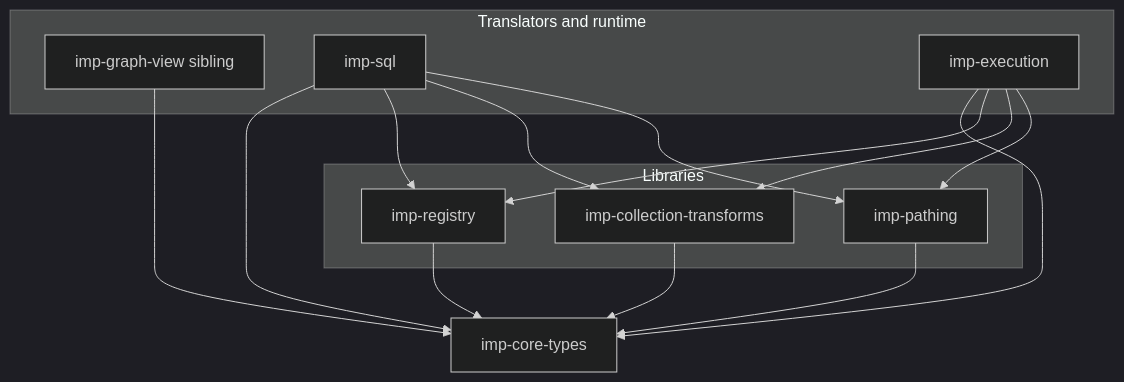
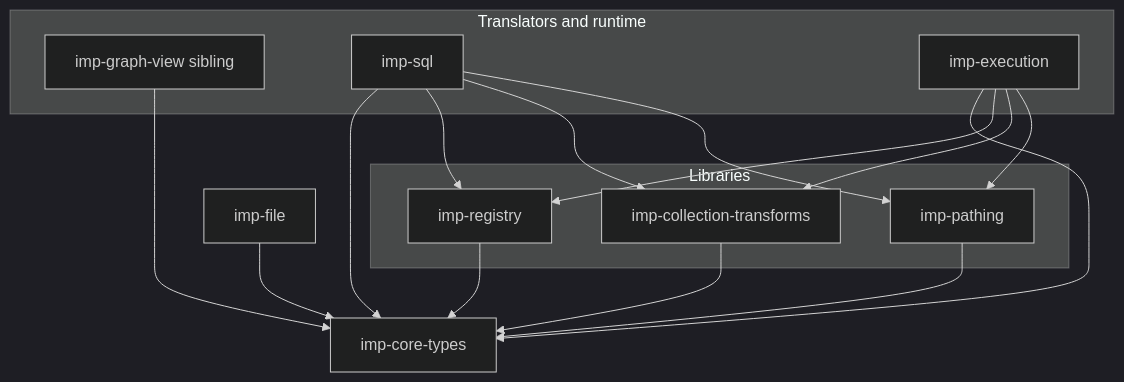
Before and after one commit to silentorb/imp-ts: the diagram in packages/README.md, drawn with Mermaid (dark theme). The commit also changed other lines of this file and 46 other files, not shown here.

Commit message:
Implement type definitions, union types and Imp files (imp-graph-library becomes imp-file), matching imp-spec; type constraints and graph libraries are removed.

````diff
--- a/packages/README.md
+++ b/packages/README.md
@@ -17,30 +18,32 @@
 ```mermaid
 flowchart TB
   SPEC[imp-core-types]
 
   subgraph libraries [Libraries]
     REG[imp-registry]
     CT[imp-collection-transforms]
     PATH[imp-pathing]
   end
 
+  FILE[imp-file]
   REG --> SPEC
+  FILE --> SPEC
   CT --> SPEC
   PATH --> SPEC
 
   subgraph impTs [Translators and runtime]
     RF[imp-graph-view sibling]
     SQL[imp-sql]
     EXEC[imp-execution]
   end
 
   RF --> SPEC
   SQL --> SPEC
   SQL --> REG
   SQL --> CT
   SQL --> PATH
   EXEC --> SPEC
   EXEC --> REG
   EXEC --> CT
   EXEC --> PATH
 ```
````
